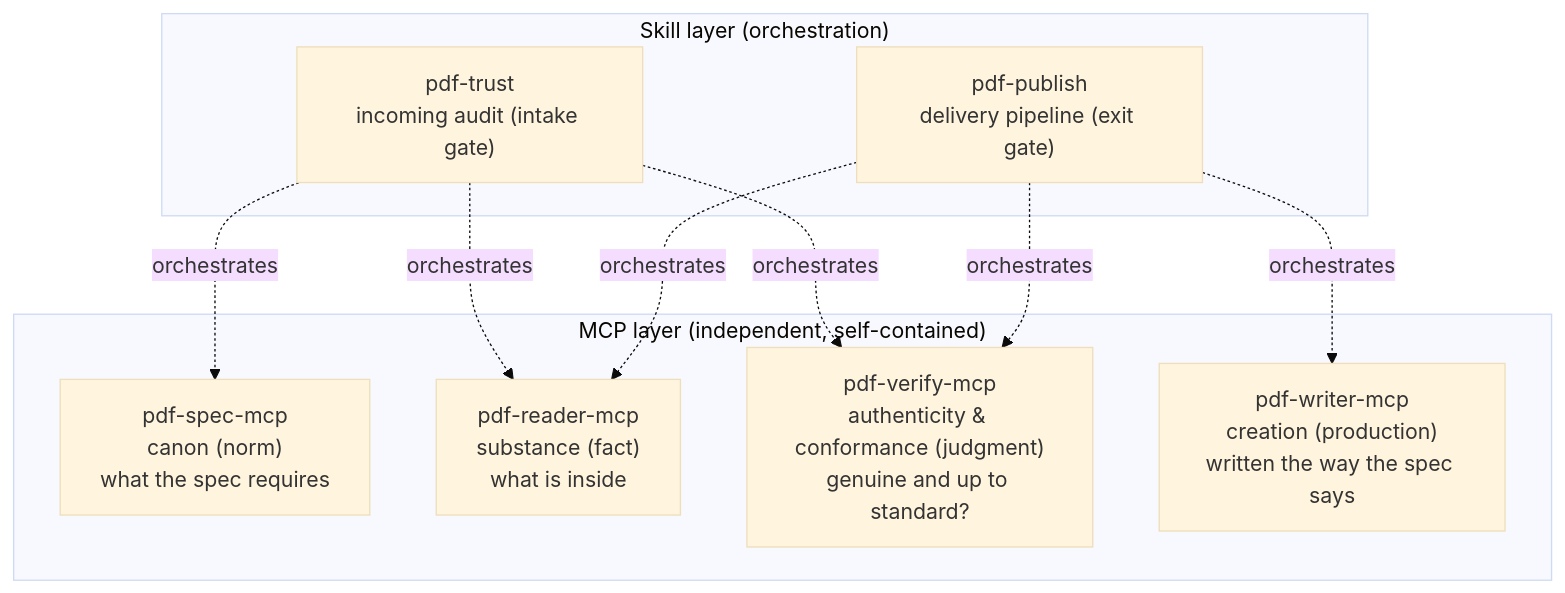
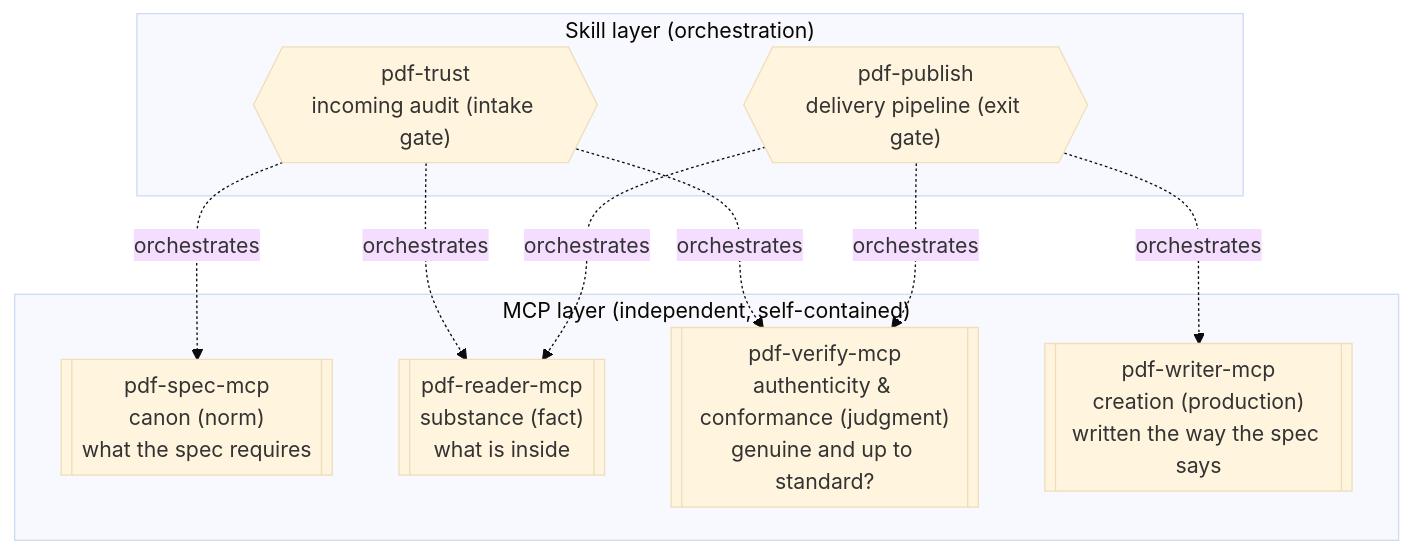
One commit to shuji-bonji/pdf-agent-stack changed the second of 2 diagrams in site/docs/guide/architecture.md. Above: the diagram before and after it, drawn with Mermaid (base theme). The commit also changed other lines of this file and 10 other files, not shown here.

Commit message:
fix: Mermaid図を改良

````diff
--- a/site/docs/guide/architecture.md
+++ b/site/docs/guide/architecture.md
@@ -45,15 +47,15 @@
 ```mermaid
 graph TB
   subgraph Skills["Skill layer (orchestration)"]
-    TRUST["pdf-trust<br>incoming audit (intake gate)"]
-    PUBLISH["pdf-publish<br>delivery pipeline (exit gate)"]
+    TRUST{{"pdf-trust<br>incoming audit (intake gate)"}}
+    PUBLISH{{"pdf-publish<br>delivery pipeline (exit gate)"}}
   end
   subgraph MCPs["MCP layer (independent, self-contained)"]
-    SPEC["pdf-spec-mcp<br>canon (norm)<br>what the spec requires"]
-    READER["pdf-reader-mcp<br>substance (fact)<br>what is inside"]
-    VERIFY["pdf-verify-mcp<br>authenticity & conformance (judgment)<br>genuine and up to standard?"]
-    WRITER["pdf-writer-mcp<br>creation (production)<br>written the way the spec says"]
+    SPEC[["pdf-spec-mcp<br>canon (norm)<br>what the spec requires"]]
+    READER[["pdf-reader-mcp<br>substance (fact)<br>what is inside"]]
+    VERIFY[["pdf-verify-mcp<br>authenticity & conformance (judgment)<br>genuine and up to standard?"]]
+    WRITER[["pdf-writer-mcp<br>creation (production)<br>written the way the spec says"]]
   end
   TRUST -.->|orchestrates| VERIFY & READER & SPEC
   PUBLISH -.->|orchestrates| WRITER & READER & VERIFY
 ```
````
